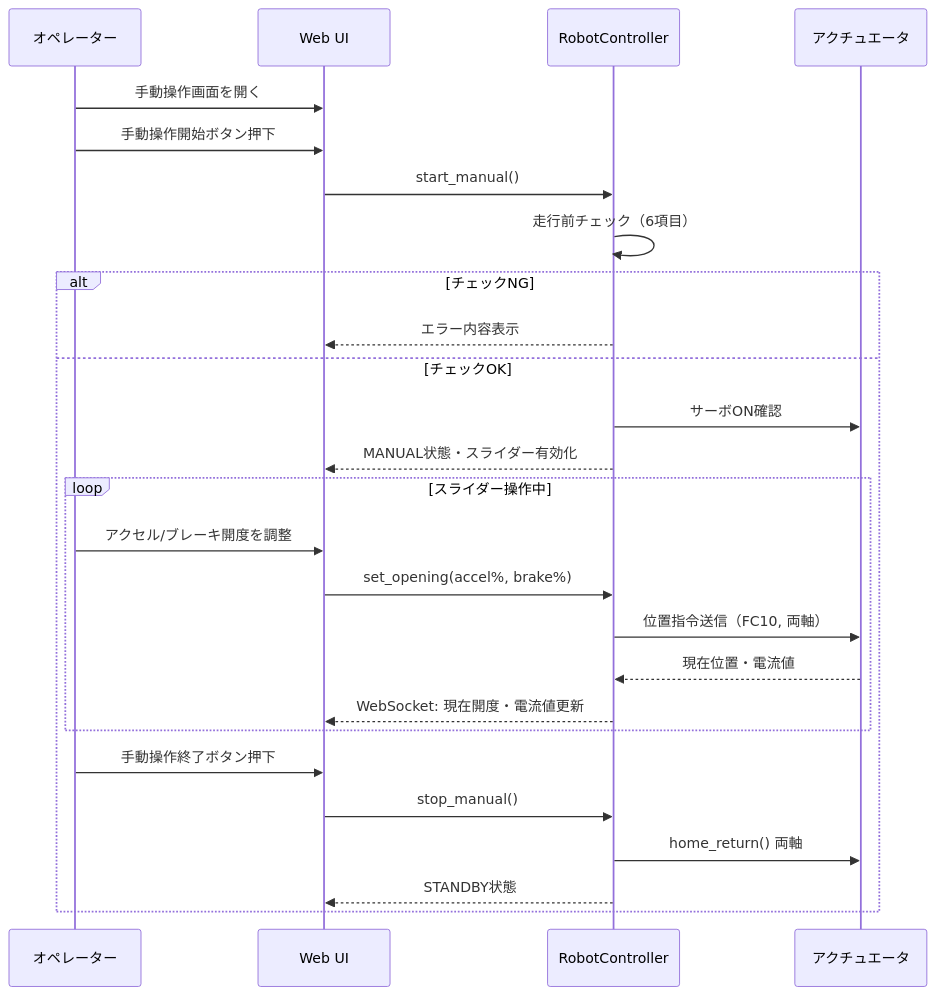
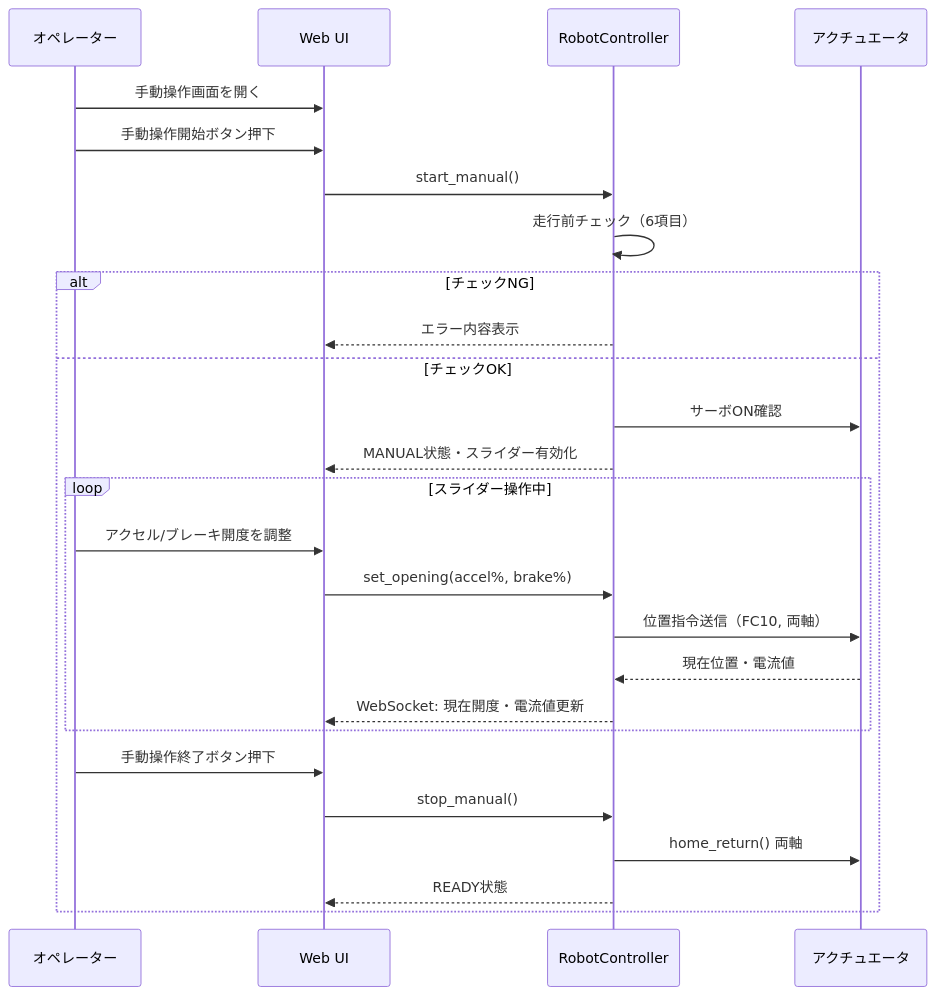
The eighth of 10 diagrams in docs/functional-design.md (sskkusk1219/driving_robot), drawn with Mermaid before and after one commit. The commit also changed other lines of this file and 9 other files, not shown here.

````diff
--- a/docs/functional-design.md
+++ b/docs/functional-design.md
@@ -696,29 +698,29 @@
 ```mermaid
 sequenceDiagram
     participant Op as オペレーター
     participant UI as Web UI
     participant RC as RobotController
     participant HW as アクチュエータ
 
     Op->>UI: 手動操作画面を開く
     Op->>UI: 手動操作開始ボタン押下
     UI->>RC: start_manual()
     RC->>RC: 走行前チェック（6項目）
     alt チェックNG
         RC-->>UI: エラー内容表示
     else チェックOK
         RC->>HW: サーボON確認
         RC-->>UI: MANUAL状態・スライダー有効化
         loop スライダー操作中
             Op->>UI: アクセル/ブレーキ開度を調整
             UI->>RC: set_opening(accel%, brake%)
             RC->>HW: 位置指令送信（FC10, 両軸）
             HW-->>RC: 現在位置・電流値
             RC-->>UI: WebSocket: 現在開度・電流値更新
         end
         Op->>UI: 手動操作終了ボタン押下
         UI->>RC: stop_manual()
         RC->>HW: home_return() 両軸
-        RC-->>UI: STANDBY状態
+        RC-->>UI: READY状態
     end
 ```
````
